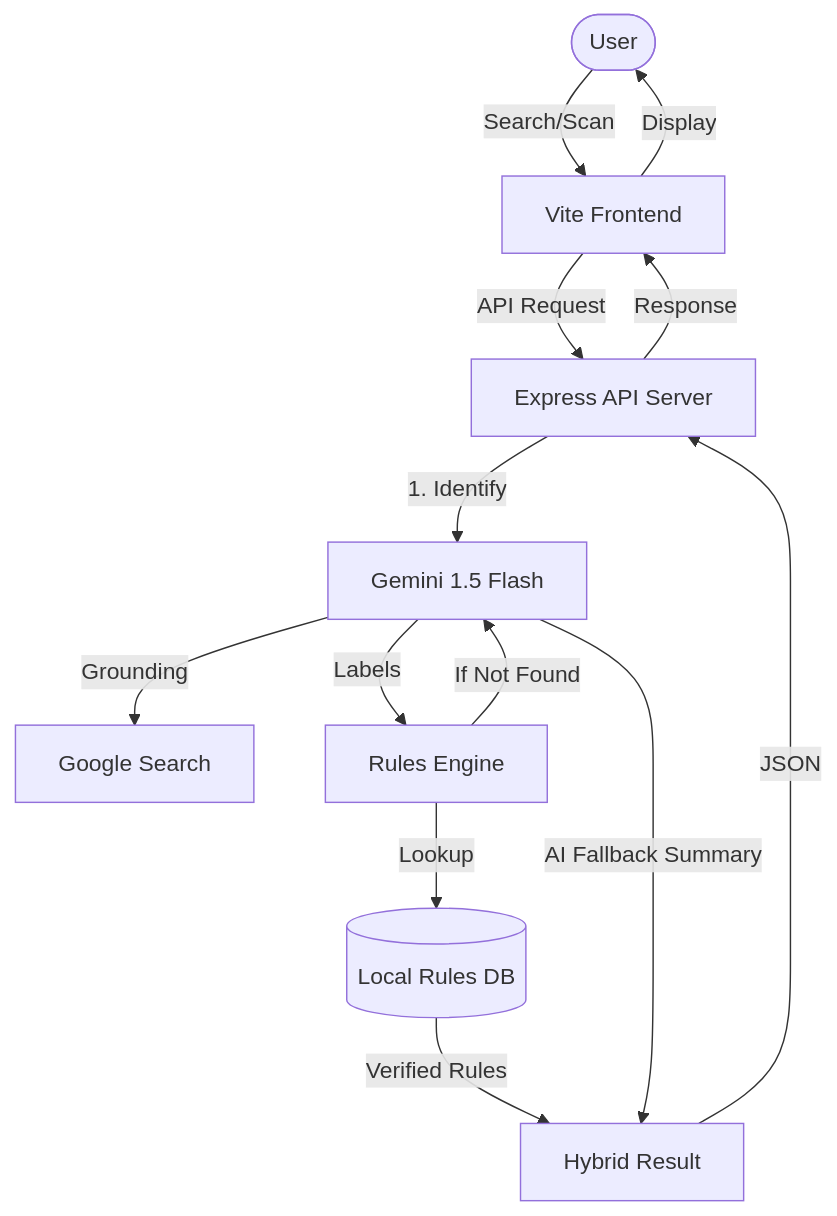
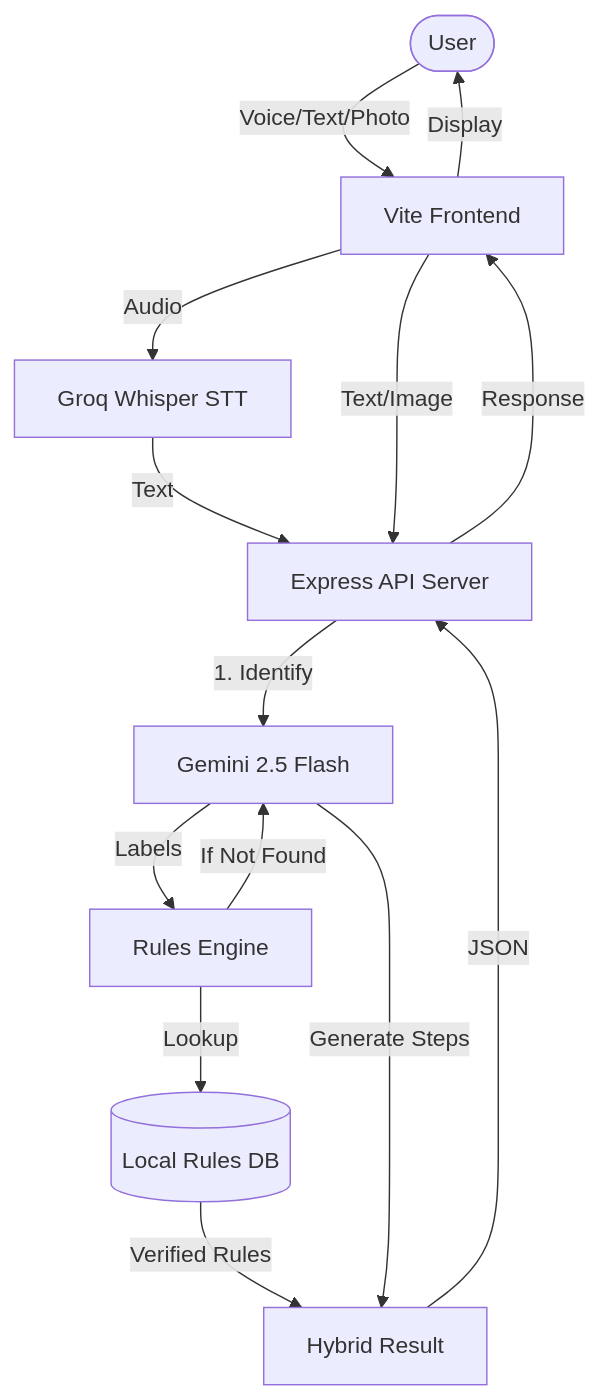
Before and after one commit to JacobAsir/GomiSense: the diagram in README.md, drawn with Mermaid. The commit also changed other lines of this file, not shown here.

Commit message:
docs: update README and .env.example with Groq and hybrid AI logic

````diff
--- a/README.md
+++ b/README.md
@@ -116,15 +37,16 @@
 ```mermaid
 graph TD
-    User([User]) -->|Search/Scan| Web[Vite Frontend]
-    Web -->|API Request| API[Express API Server]
-    API -->|1. Identify| AI[Gemini 1.5 Flash]
-    AI -->|Grounding| Google[Google Search]
+    User([User]) -->|Voice/Text/Photo| Web[Vite Frontend]
+    Web -->|Audio| Groq[Groq Whisper STT]
+    Groq -->|Text| API[Express API Server]
+    Web -->|Text/Image| API
+    API -->|1. Identify| AI[Gemini 2.5 Flash]
     AI -->|Labels| Engine[Rules Engine]
     Engine -->|Lookup| DB[(Local Rules DB)]
     DB -->|Verified Rules| Result[Hybrid Result]
     Engine -->|If Not Found| AI
-    AI -->|AI Fallback Summary| Result
+    AI -->|Generate Steps| Result
     Result -->|JSON| API
     API -->|Response| Web
     Web -->|Display| User
 ```
````
